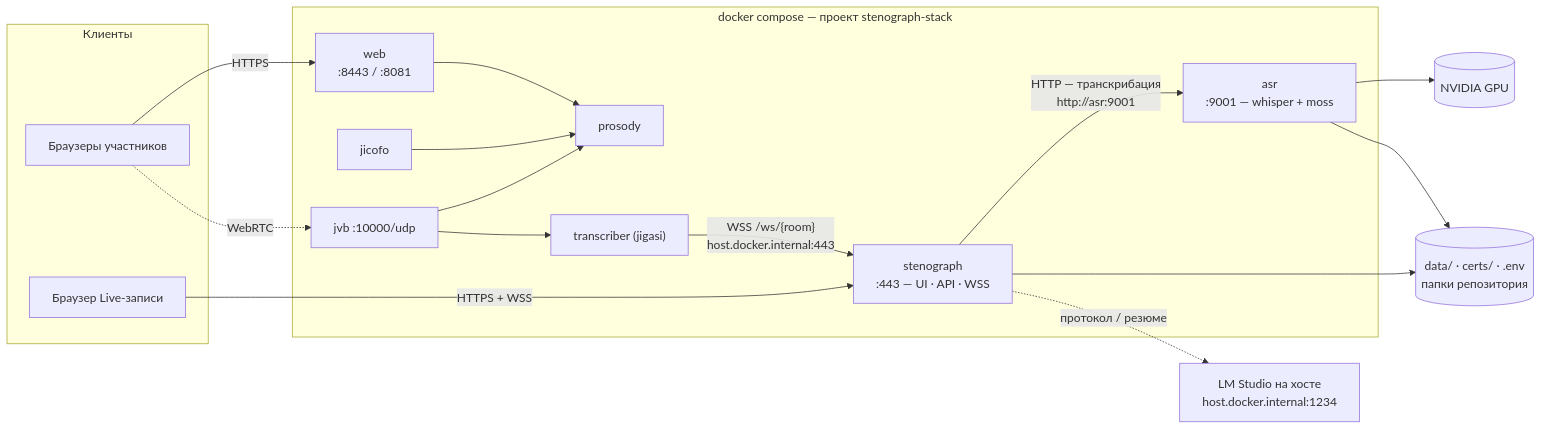
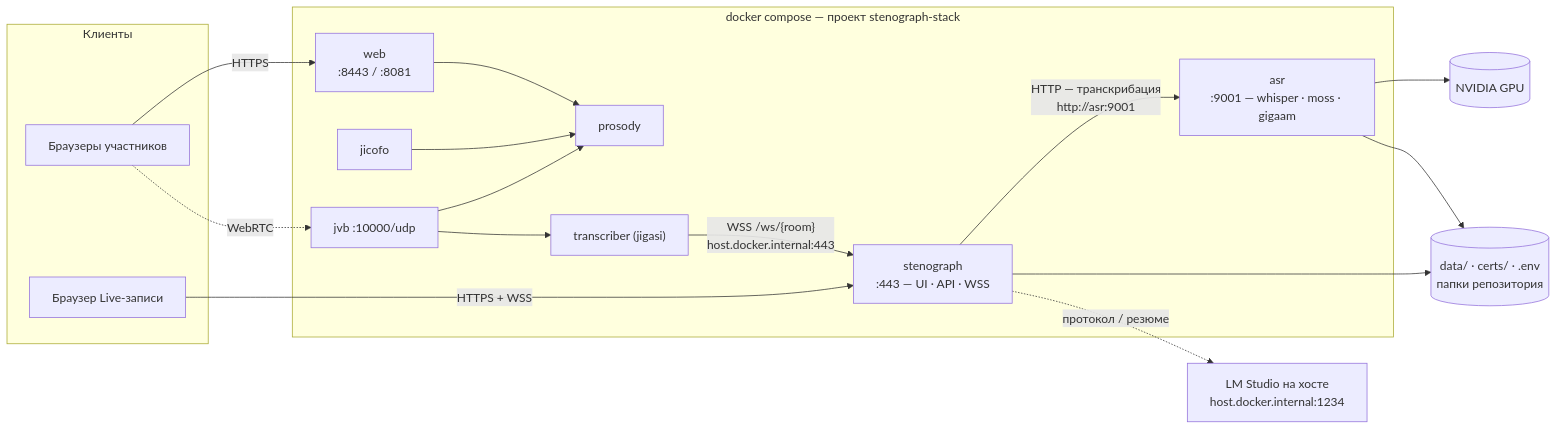
One commit to mbiuib/Stenograph changed the diagram in deploy/stack/README.md. Above: the diagram before and after it, drawn with Mermaid. The commit also changed other lines of this file and 2 other files, not shown here.

First line of the commit message:
docs: движок gigaam во всех руководствах

````diff
--- a/deploy/stack/README.md
+++ b/deploy/stack/README.md
@@ -9,35 +9,35 @@
 ```mermaid
 flowchart LR
     subgraph clients["Клиенты"]
         guests["Браузеры участников"]
         rec["Браузер Live-записи"]
     end
 
     subgraph stack["docker compose — проект stenograph-stack"]
         web["web<br/>:8443 / :8081"]
         prosody["prosody"]
         jicofo["jicofo"]
         jvb["jvb :10000/udp"]
         jigasi["transcriber (jigasi)"]
         server["stenograph<br/>:443 — UI · API · WSS"]
-        asr["asr<br/>:9001 — whisper + moss"]
+        asr["asr<br/>:9001 — whisper · moss · gigaam"]
     end
 
     gpu[("NVIDIA GPU")]
     llm["LM Studio на хосте<br/>host.docker.internal:1234"]
     data[("data/ · certs/ · .env<br/>папки репозитория")]
 
     guests -- "HTTPS" --> web
     guests -.->|"WebRTC"| jvb
     rec -- "HTTPS + WSS" --> server
     web --> prosody
     jicofo --> prosody
     jvb --> prosody
     jvb --> jigasi
     jigasi -- "WSS /ws/{room}<br/>host.docker.internal:443" --> server
     server -- "HTTP — транскрибация<br/>http://asr:9001" --> asr
     asr --> gpu
     server --> data
     asr --> data
     server -. "протокол / резюме" .-> llm
 ```
````
